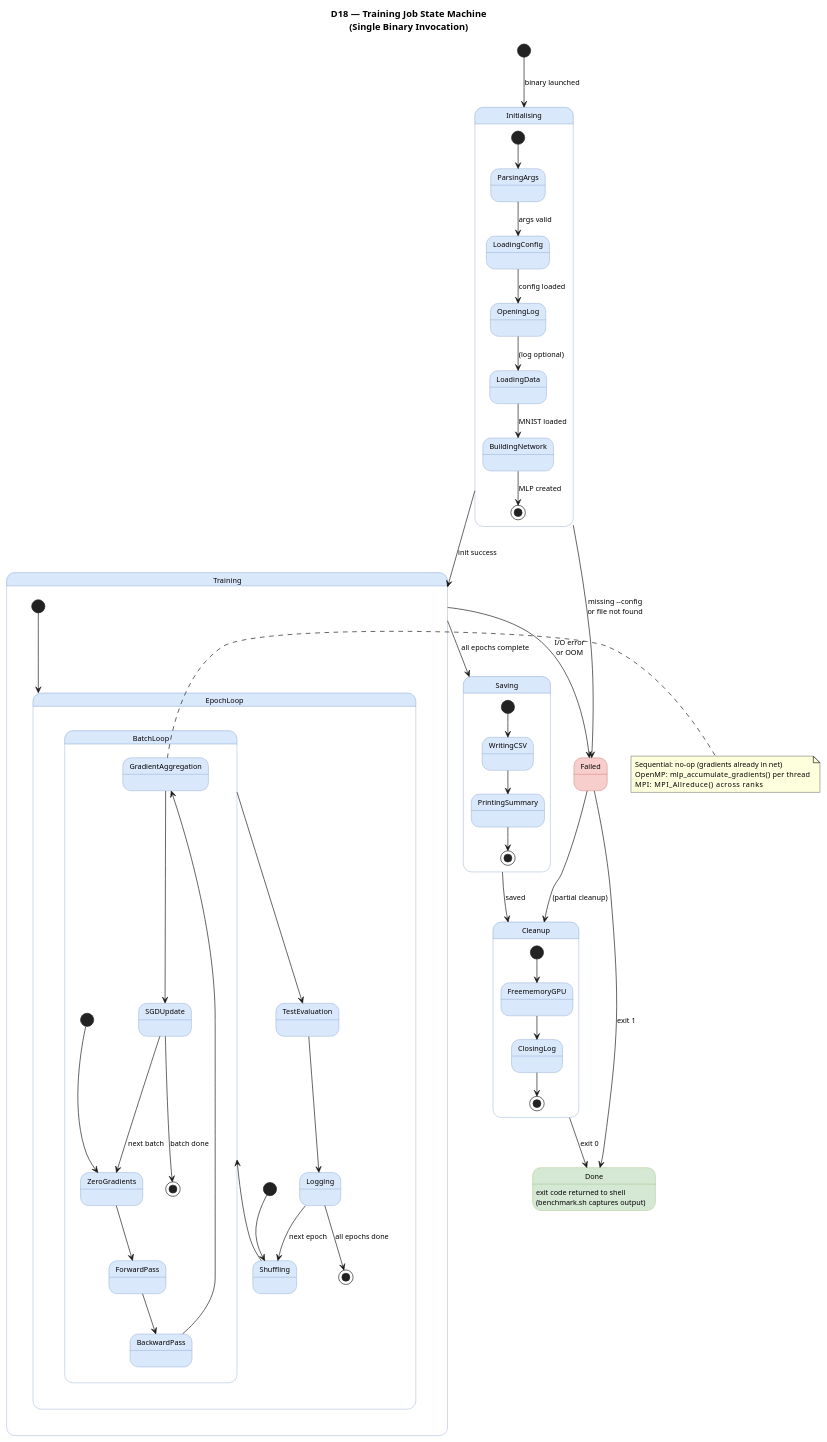
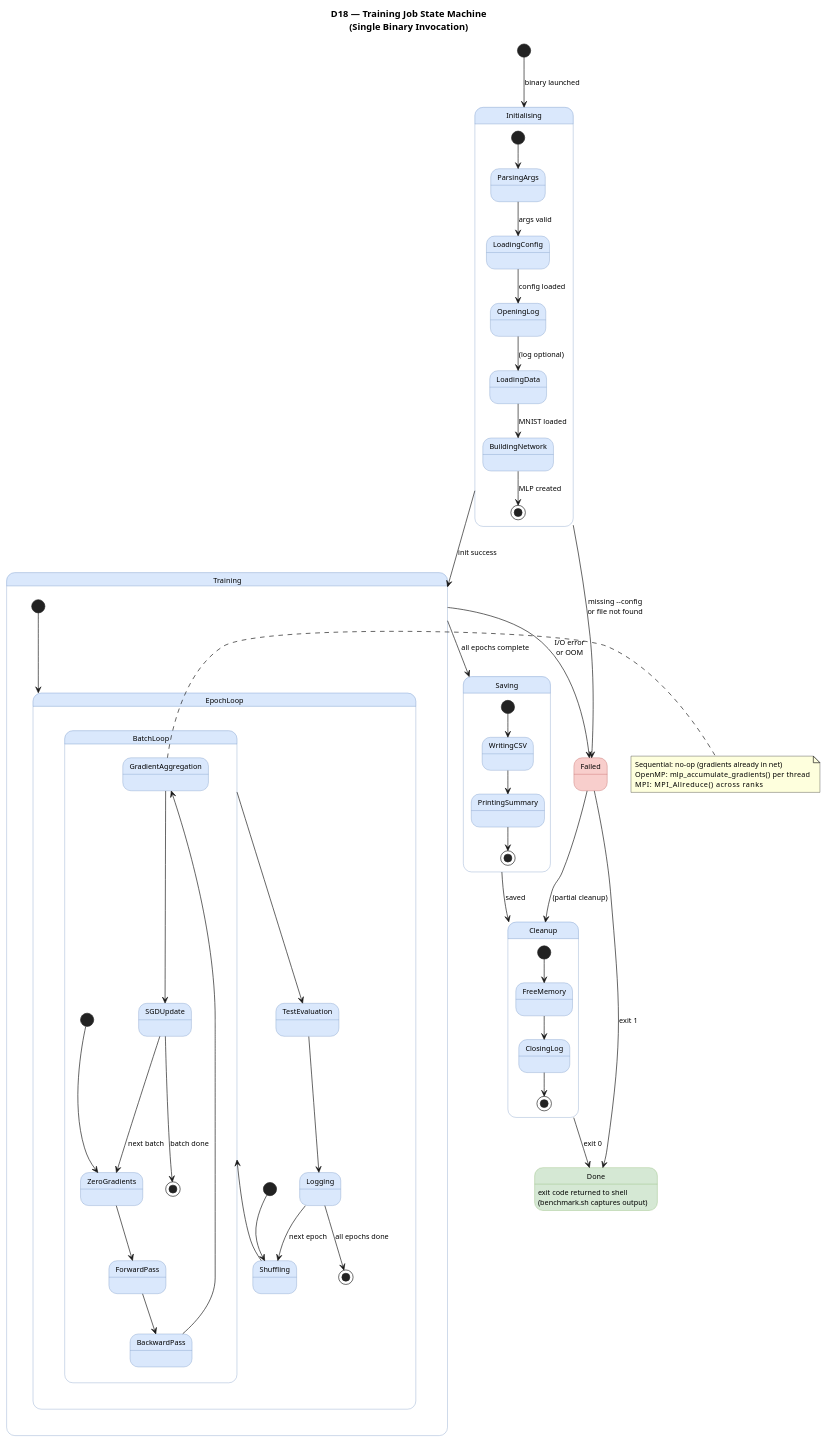
One commit to dima1389/parallel-mlp-mnist changed the diagram in docs/diagrams/08-states/D18-training-job-states.puml. Above: the diagram before and after it, drawn with PlantUML.

Commit message:
docs: fix typo in D18 state name (FreememoryGPU → FreeMemory)

```diff
--- a/docs/diagrams/08-states/D18-training-job-states.puml
+++ b/docs/diagrams/08-states/D18-training-job-states.puml
@@ -1,78 +1,78 @@
 @startuml D18-Training-Job-States
 title D18 — Training Job State Machine\n(Single Binary Invocation)
 
 skinparam defaultFontSize 11
 skinparam state {
     BackgroundColor #DAE8FC
     BorderColor #6C8EBF
     BackgroundColor<<terminal>> #D5E8D4
     BorderColor<<terminal>> #82B366
     BackgroundColor<<error>> #F8CECC
     BorderColor<<error>> #B85450
 }
 
 [*] --> Initialising : binary launched
 
 state Initialising {
     [*] --> ParsingArgs
     ParsingArgs --> LoadingConfig : args valid
     LoadingConfig --> OpeningLog : config loaded
     OpeningLog --> LoadingData : (log optional)
     LoadingData --> BuildingNetwork : MNIST loaded
     BuildingNetwork --> [*] : MLP created
 }
 
 Initialising --> Training : init success
 Initialising --> Failed <<error>> : missing --config\nor file not found
 
 state Training {
     [*] --> EpochLoop
     state EpochLoop {
         [*] --> Shuffling
         Shuffling --> BatchLoop
         state BatchLoop {
             [*] --> ZeroGradients
             ZeroGradients --> ForwardPass
             ForwardPass --> BackwardPass
             BackwardPass --> GradientAggregation
             GradientAggregation --> SGDUpdate
             SGDUpdate --> ZeroGradients : next batch
             SGDUpdate --> [*] : batch done
         }
         BatchLoop --> TestEvaluation
         TestEvaluation --> Logging
         Logging --> Shuffling : next epoch
         Logging --> [*] : all epochs done
     }
 }
 
 Training --> Saving : all epochs complete
 Training --> Failed <<error>> : I/O error\nor OOM
 
 state Saving {
     [*] --> WritingCSV
     WritingCSV --> PrintingSummary
     PrintingSummary --> [*]
 }
 
 Saving --> Cleanup : saved
 Failed --> Cleanup : (partial cleanup)
 
 state Cleanup {
-    [*] --> FreememoryGPU
-    FreememoryGPU --> ClosingLog
+    [*] --> FreeMemory
+    FreeMemory --> ClosingLog
     ClosingLog --> [*]
 }
 
 Cleanup --> Done <<terminal>> : exit 0
 Failed --> Done <<terminal>> : exit 1
 
 Done : exit code returned to shell\n(benchmark.sh captures output)
 
 note right of GradientAggregation
   Sequential: no-op (gradients already in net)
   OpenMP:     mlp_accumulate_gradients() per thread
   MPI:        MPI_Allreduce() across ranks
 end note
 
 @enduml
```
